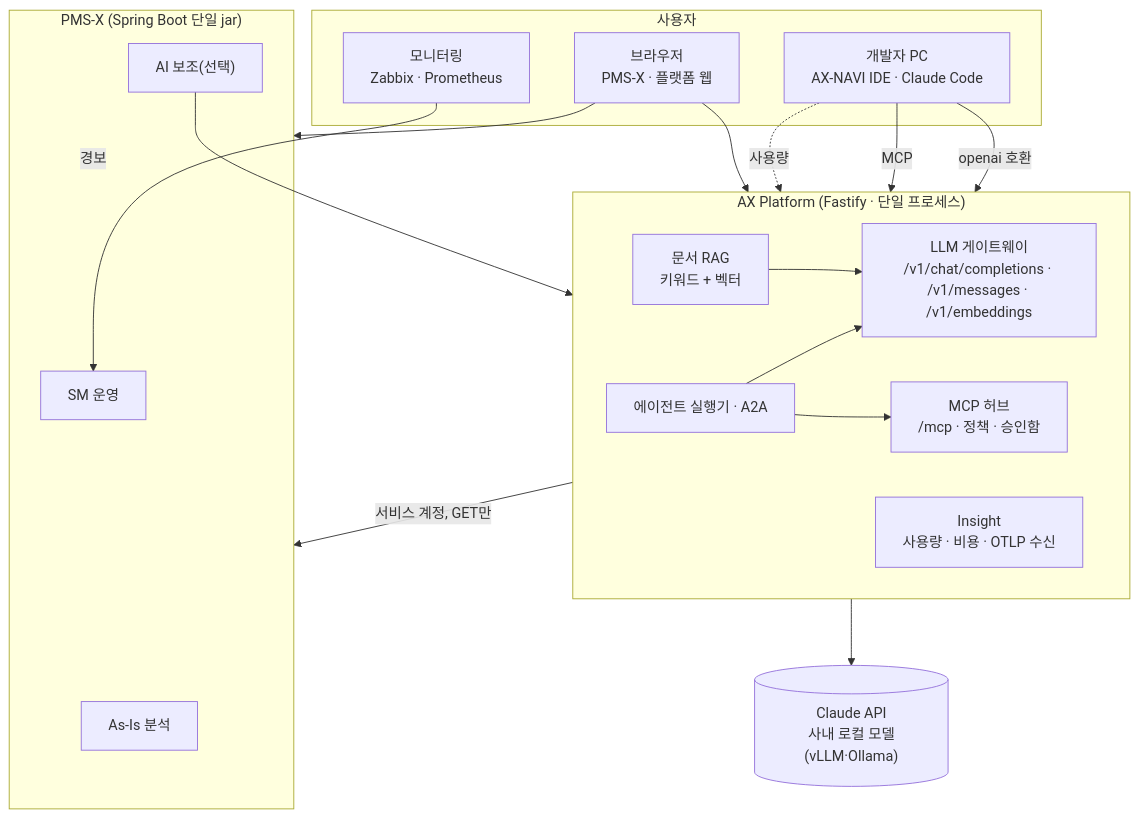
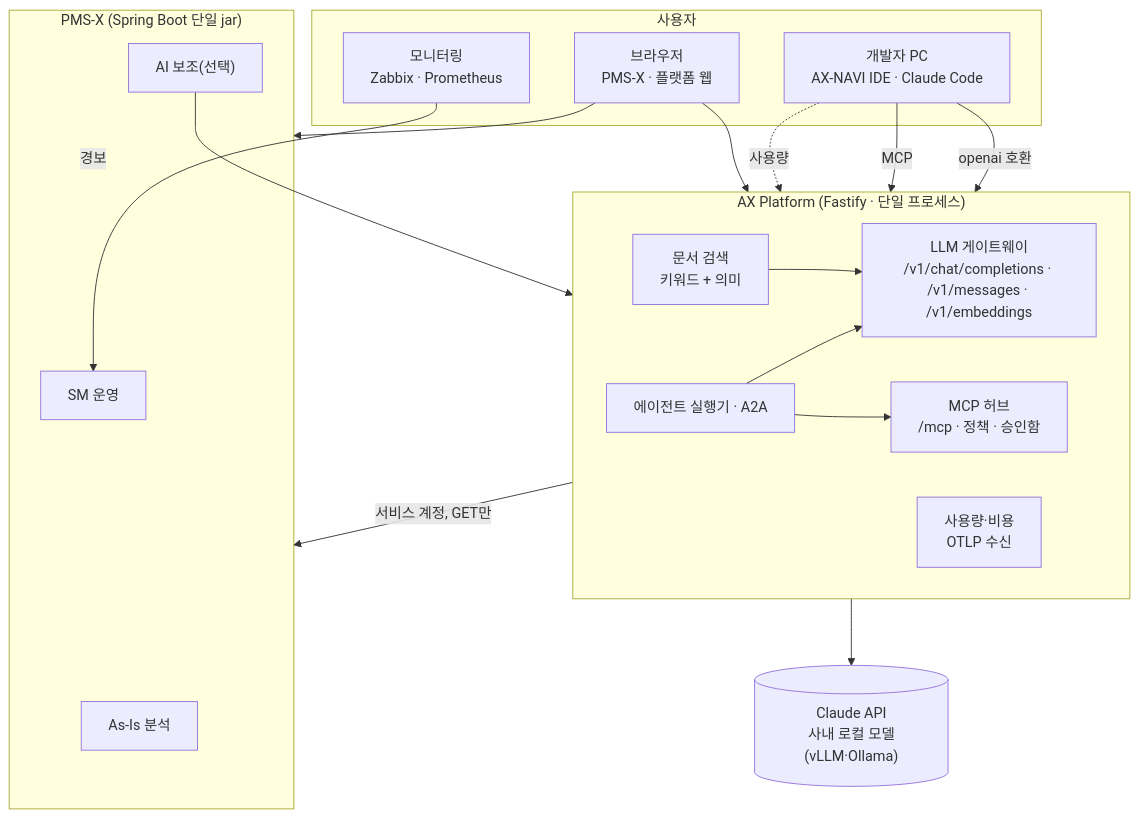
The diagram in getting-started/architecture.md (Malburi/hnix-ax-site), drawn with Mermaid before and after one commit. The commit also changed other lines of this file and 45 other files, not shown here.

````diff
--- a/getting-started/architecture.md
+++ b/getting-started/architecture.md
@@ -47,34 +47,34 @@
 ```mermaid
 flowchart TB
     subgraph USERS["사용자"]
         DEVPC["개발자 PC<br/>AX-NAVI IDE · Claude Code"]
         BROWSER["브라우저<br/>PMS-X · 플랫폼 웹"]
         MON["모니터링<br/>Zabbix · Prometheus"]
     end
     subgraph PLATFORM["AX Platform (Fastify · 단일 프로세스)"]
         direction LR
         GW["LLM 게이트웨이<br/>/v1/chat/completions · /v1/messages · /v1/embeddings"]
         HUB["MCP 허브<br/>/mcp · 정책 · 승인함"]
-        INS["Insight<br/>사용량 · 비용 · OTLP 수신"]
+        INS["사용량·비용<br/>OTLP 수신"]
         AG["에이전트 실행기 · A2A"]
-        RAG["문서 RAG<br/>키워드 + 벡터"]
+        RAG["문서 검색<br/>키워드 + 의미"]
     end
     subgraph PMSX["PMS-X (Spring Boot 단일 jar)"]
         ASIS["As-Is 분석"]
         SM["SM 운영"]
         AI["AI 보조(선택)"]
     end
     MODELS[("Claude API<br/>사내 로컬 모델(vLLM·Ollama)")]
     DEVPC -- "openai 호환" --> GW
     DEVPC -- "MCP" --> HUB
     DEVPC -. "사용량" .-> INS
     BROWSER --> PMSX
     BROWSER --> PLATFORM
     MON -- "경보" --> SM
     AI --> GW
     HUB -- "서비스 계정, GET만" --> PMSX
     AG --> GW
     AG --> HUB
     RAG --> GW
     GW --> MODELS
 ```
````
